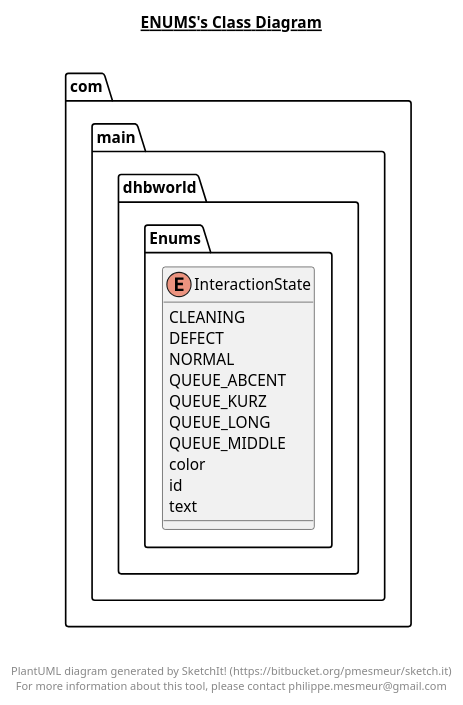
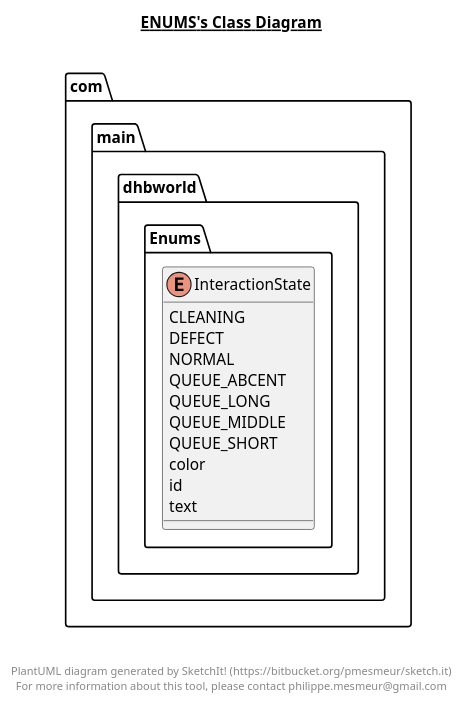
One commit to DHBWorld/DHBWorld changed the diagram in app/src/main/java/com/main/dhbworld/Enums/Enums.plantuml. Above: the diagram before and after it, drawn with PlantUML. The commit also changed 3 other files, not shown here.

Commit message:
Added Class diagram

```diff
--- a/app/src/main/java/com/main/dhbworld/Enums/Enums.plantuml
+++ b/app/src/main/java/com/main/dhbworld/Enums/Enums.plantuml
@@ -1,32 +1,32 @@
 @startuml
 
 title __ENUMS's Class Diagram__\n
 
   namespace com.main.dhbworld {
     namespace Enums {
       enum InteractionState {
         CLEANING
         DEFECT
         NORMAL
         QUEUE_ABCENT
-        QUEUE_KURZ
         QUEUE_LONG
         QUEUE_MIDDLE
+        QUEUE_SHORT
         color
         id
         text
       }
     }
   }
   
 
 
 
 right footer
 
 
 PlantUML diagram generated by SketchIt! (https://bitbucket.org/pmesmeur/sketch.it)
 For more information about this tool, please contact philippe.mesmeur@gmail.com
 endfooter
 
 @enduml
```
